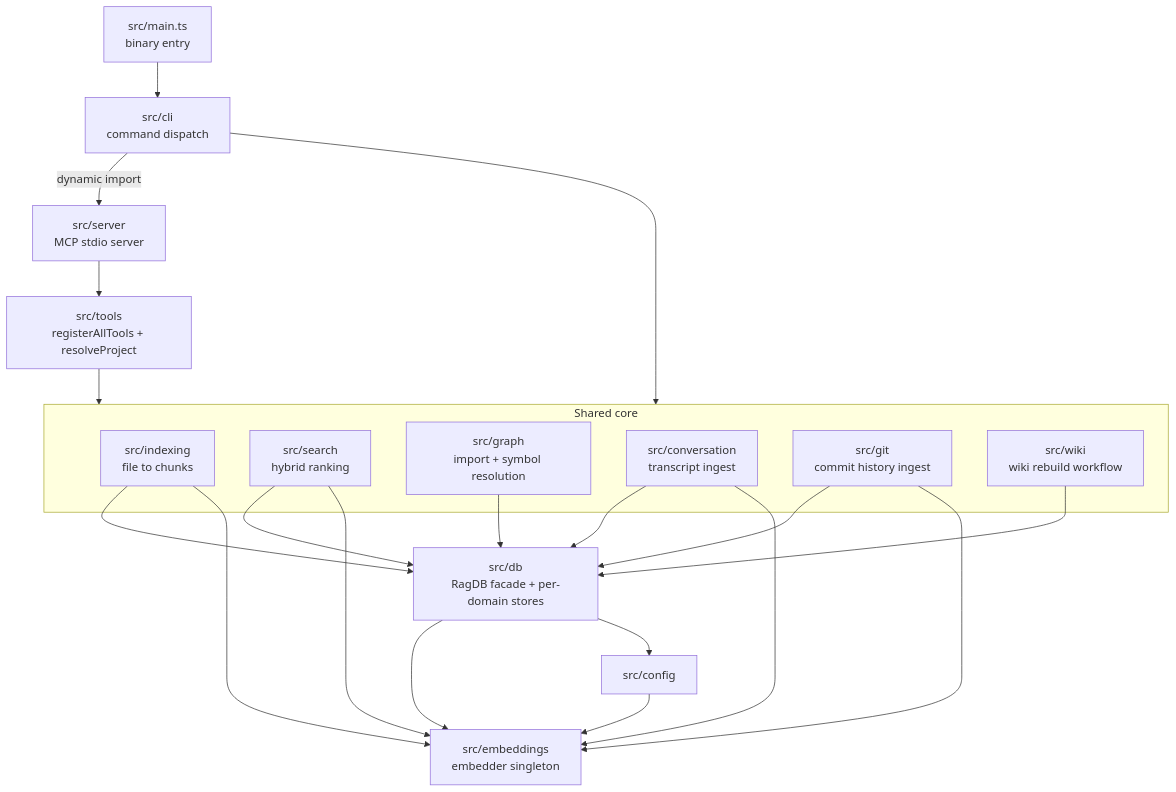
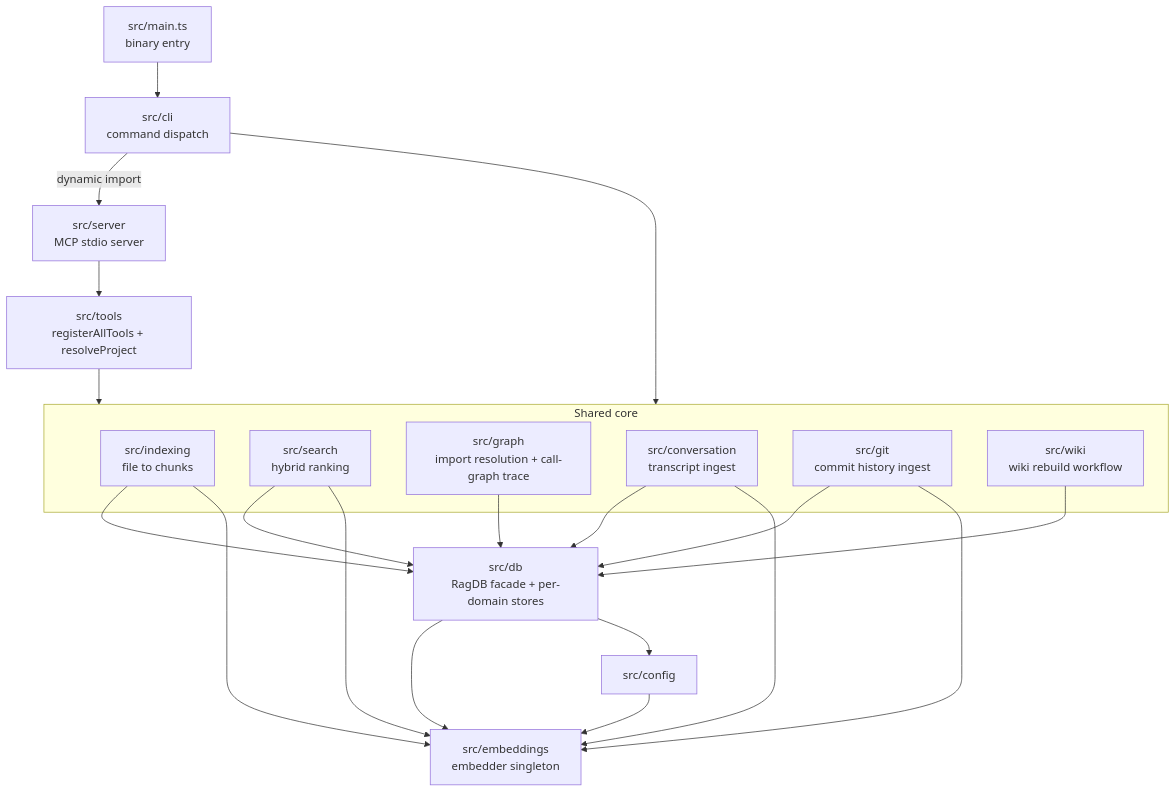
Before and after one commit to TheWinci/mimirs: the first of 2 diagrams in wiki/module-map.md, drawn with Mermaid. The commit also changed other lines of this file and 49 other files, not shown here.

````diff
--- a/wiki/module-map.md
+++ b/wiki/module-map.md
@@ -15,29 +15,29 @@
 ```mermaid
 flowchart TD
   mainjs["src/main.ts<br>binary entry"] --> climod["src/cli<br>command dispatch"]
   climod -->|dynamic import| servemod["src/server<br>MCP stdio server"]
   servemod --> toolsmod["src/tools<br>registerAllTools + resolveProject"]
   climod --> core
   toolsmod --> core
   subgraph core["Shared core"]
     indexingmod["src/indexing<br>file to chunks"]
     searchmod["src/search<br>hybrid ranking"]
-    graphmod["src/graph<br>import + symbol resolution"]
+    graphmod["src/graph<br>import resolution + call-graph trace"]
     convmod["src/conversation<br>transcript ingest"]
     gitmod["src/git<br>commit history ingest"]
     wikimod["src/wiki<br>wiki rebuild workflow"]
   end
   indexingmod --> dbmod
   searchmod --> dbmod
   graphmod --> dbmod
   convmod --> dbmod
   gitmod --> dbmod
   wikimod --> dbmod
   indexingmod --> embedmod
   searchmod --> embedmod
   convmod --> embedmod
   gitmod --> embedmod
   dbmod["src/db<br>RagDB facade + per-domain stores"] --> embedmod["src/embeddings<br>embedder singleton"]
   configmod["src/config"] --> embedmod
   dbmod --> configmod
 ```
````
